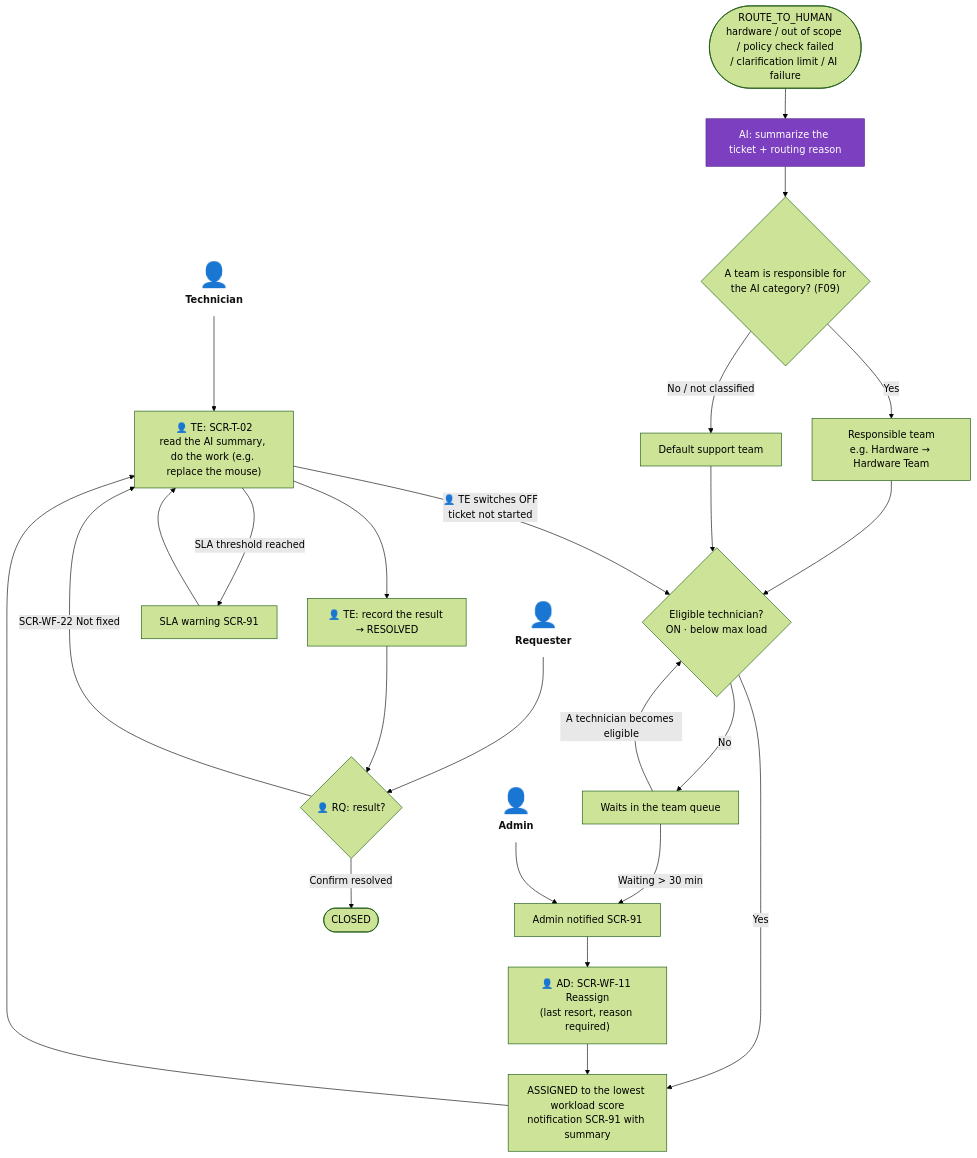
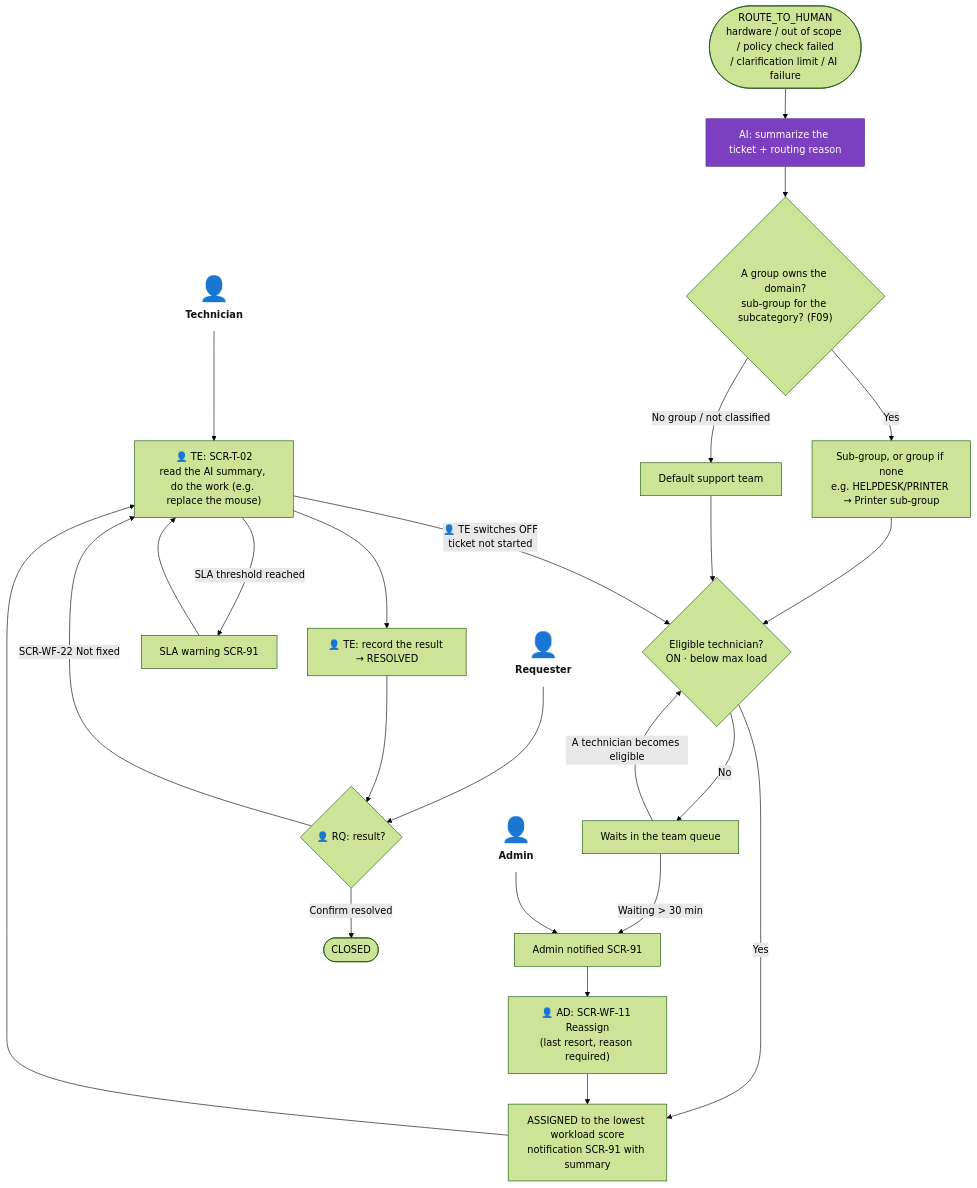
Before and after one commit to Akaza-ban/Fable: the third of 6 diagrams in docs/f05-workflow-automation/information-architecture/05-user-flows.md, drawn with Mermaid (forest theme). The commit also changed 9 other files, not shown here.

Commit message:
docs(F05): full AI analysis, support level, auto-filled fields, automatic priority, group/sub-group/AI agent routing

````diff
--- a/docs/f05-workflow-automation/information-architecture/05-user-flows.md
+++ b/docs/f05-workflow-automation/information-architecture/05-user-flows.md
@@ -73,32 +73,32 @@
 ```mermaid
 flowchart TD
     actTech["<span style='font-size:40px'>👤</span><br/><b>Technician</b>"]:::actor
     actAdmin["<span style='font-size:40px'>👤</span><br/><b>Admin</b>"]:::actor
     actReq["<span style='font-size:40px'>👤</span><br/><b>Requester</b>"]:::actor
     start(["ROUTE_TO_HUMAN<br/>hardware / out of scope / policy check failed<br/>/ clarification limit / AI failure"]) --> summary["AI: summarize the ticket + routing reason"]:::ai
-    summary --> rules{"A team is responsible for<br/>the AI category? (F09)"}
-    rules -->|"Yes"| team["Responsible team<br/>e.g. Hardware → Hardware Team"]
-    rules -->|"No / not classified"| deflt["Default support team"]
+    summary --> rules{"A group owns the domain?<br/>sub-group for the subcategory? (F09)"}
+    rules -->|"Yes"| team["Sub-group, or group if none<br/>e.g. HELPDESK/PRINTER → Printer sub-group"]
+    rules -->|"No group / not classified"| deflt["Default support team"]
     team --> select
     deflt --> select{"Eligible technician?<br/>ON · below max load"}
     select -->|"Yes"| assign["ASSIGNED to the lowest workload score<br/>notification SCR-91 with summary"]
     select -->|"No"| queue["Waits in the team queue"]
     queue -->|"A technician becomes eligible"| select
     queue -->|"Waiting > 30 min"| alert["Admin notified SCR-91"]
     actAdmin --> alert
     alert --> manual["👤 AD: SCR-WF-11 Reassign<br/>(last resort, reason required)"]
     manual --> assign
     actTech --> work
     assign --> work["👤 TE: SCR-T-02<br/>read the AI summary, do the work (e.g. replace the mouse)"]
     work -->|"SLA threshold reached"| warn["SLA warning SCR-91"]
     warn --> work
     work -->|"👤 TE switches OFF<br/>ticket not started"| select
     work --> done["👤 TE: record the result → RESOLVED"]
     actReq --> confirm
     done --> confirm{"👤 RQ: result?"}
     confirm -->|"Confirm resolved"| closed(["CLOSED"])
     confirm -->|"SCR-WF-22 Not fixed"| work
 
     classDef actor fill:none,stroke:none,color:#111
     classDef ai fill:#7b3fbf,color:#fff,stroke:#5a2d8c
 ```
````
